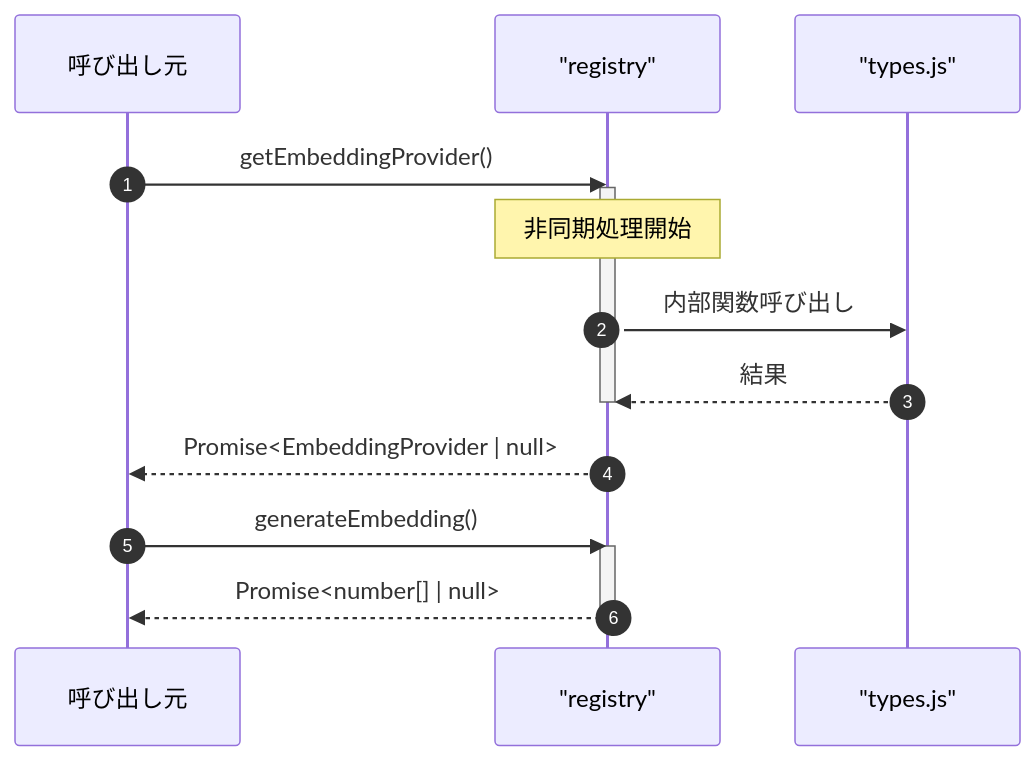
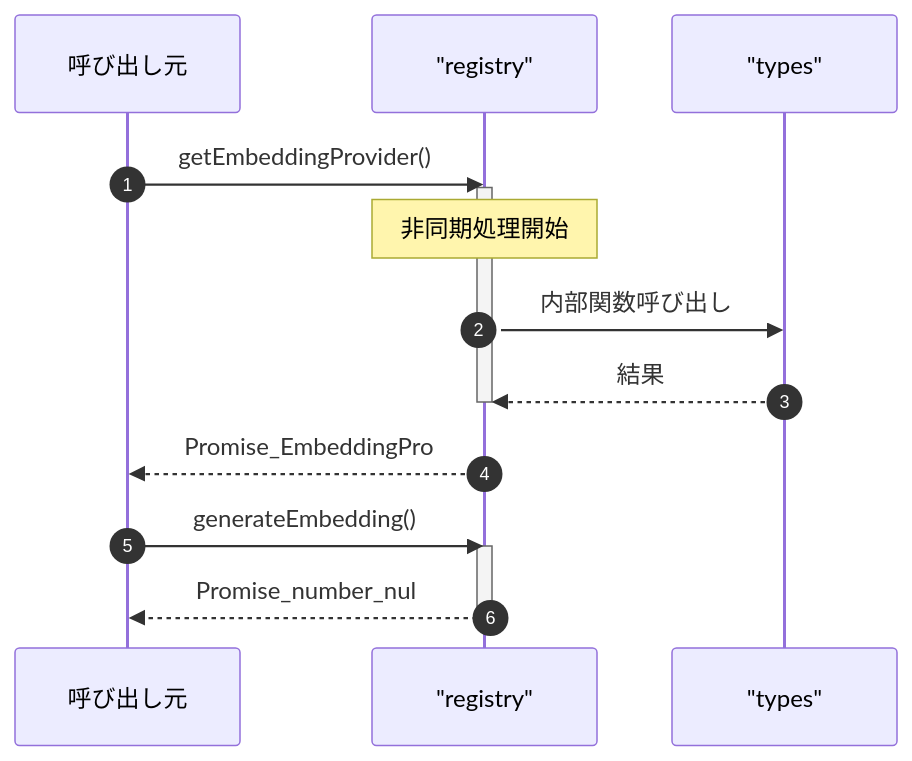
Before and after one commit to Mekann2904/mekann: the fourth of 4 diagrams in ABDD/.pi/lib/embeddings/registry.md, drawn with Mermaid. The commit also changed other lines of this file and 174 other files, not shown here.

First line of the commit message:
fix(docs): ABDDのMermaid図生成エラーを修正する

````diff
--- a/ABDD/.pi/lib/embeddings/registry.md
+++ b/ABDD/.pi/lib/embeddings/registry.md
@@ -77,20 +77,20 @@
 ```mermaid
 sequenceDiagram
   autonumber
   participant Caller as 呼び出し元
   participant registry as "registry"
-  participant types_js as "types.js"
+  participant types as "types"
 
   Caller->>registry: getEmbeddingProvider()
   activate registry
   Note over registry: 非同期処理開始
-  registry->>types_js: 内部関数呼び出し
-  types_js-->>registry: 結果
+  registry->>types: 内部関数呼び出し
+  types-->>registry: 結果
   deactivate registry
-  registry-->>Caller: Promise<EmbeddingProvider | null>
+  registry-->>Caller: Promise_EmbeddingPro
 
   Caller->>registry: generateEmbedding()
   activate registry
-  registry-->>Caller: Promise<number[] | null>
+  registry-->>Caller: Promise_number_nul
   deactivate registry
 ```
````
